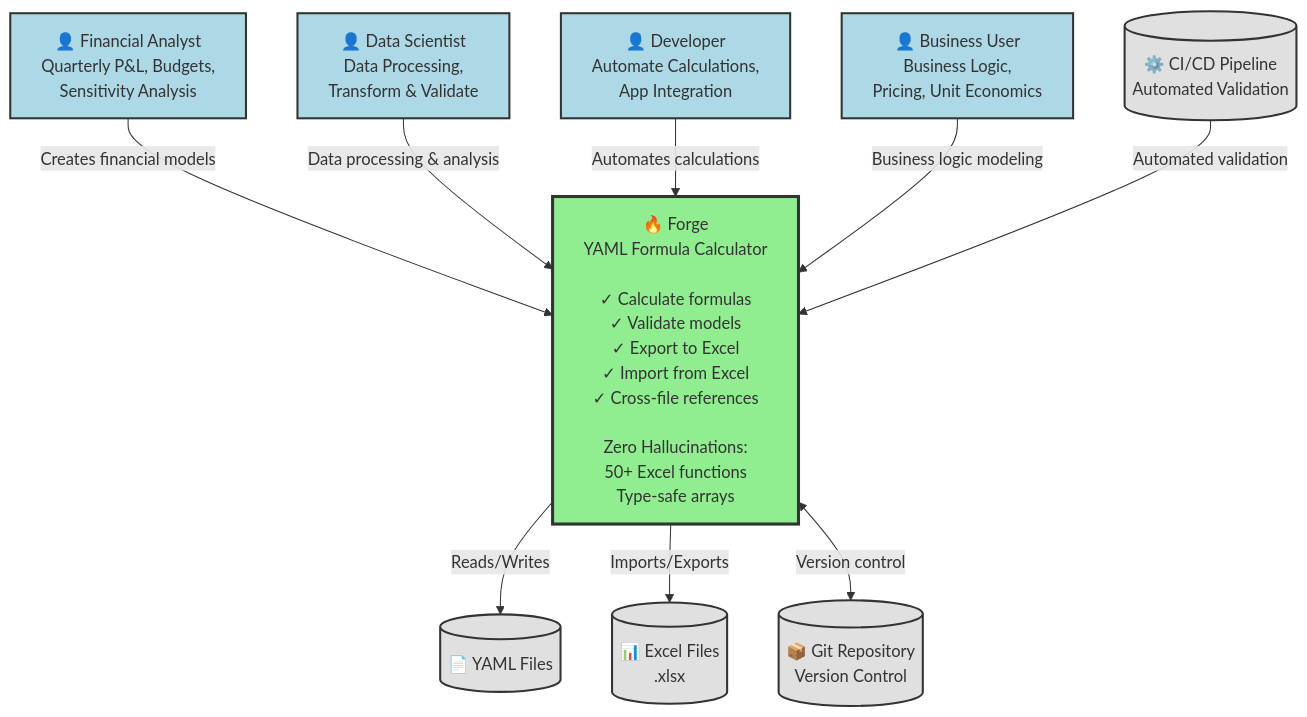
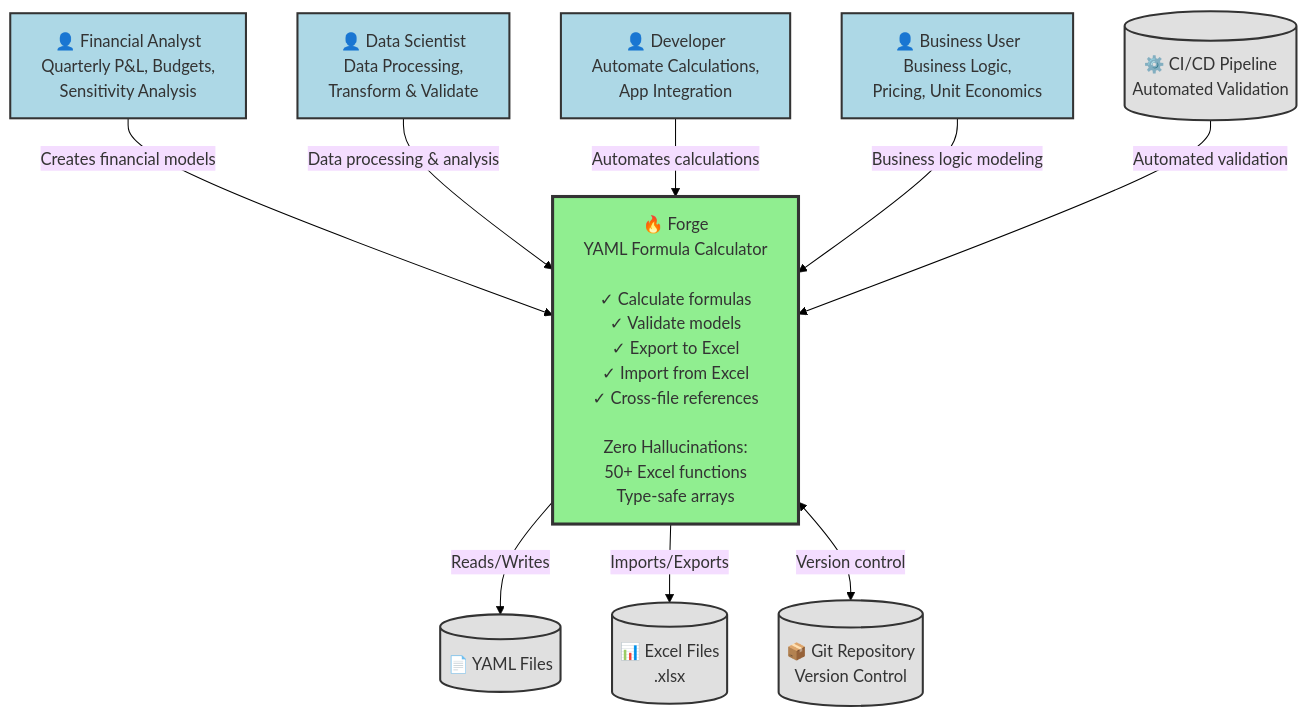
One commit to mollendorff-ai/forge changed the first of 2 diagrams in docs/architecture/00-OVERVIEW.md. Above: the diagram before and after it, drawn with Mermaid. The commit also changed other lines of this file, not shown here.

Commit message:
fix: Add white background to Mermaid diagrams for dark theme compatibility
Properly configure Mermaid theme to use white backgrounds:
- Added %%{init: {'theme':'base', 'themeVariables': {'background':'#ffffff'}}}%%
- Applied to both diagrams in docs/architecture/00-OVERVIEW.md
- Ensures diagrams are readable on dark GitHub themes

Previous commit claimed to add this but the changes weren't applied correctly.
This fix ensures diagrams render with white backgrounds on all themes.

🤖 Generated with [Claude Code](https://claude.com/claude-code)

````diff
--- a/docs/architecture/00-OVERVIEW.md
+++ b/docs/architecture/00-OVERVIEW.md
@@ -59,37 +59,38 @@
 ```mermaid
+%%{init: {'theme':'base', 'themeVariables': {'background':'#ffffff'}}}%%
 graph TB
     %% External Actors
     analyst["👤 Financial Analyst<br/>Quarterly P&L, Budgets,<br/>Sensitivity Analysis"]
     datascientist["👤 Data Scientist<br/>Data Processing,<br/>Transform & Validate"]
     developer["👤 Developer<br/>Automate Calculations,<br/>App Integration"]
     business["👤 Business User<br/>Business Logic,<br/>Pricing, Unit Economics"]
 
     %% Forge System
     forge["🔥 Forge<br/>YAML Formula Calculator<br/><br/>✓ Calculate formulas<br/>✓ Validate models<br/>✓ Export to Excel<br/>✓ Import from Excel<br/>✓ Cross-file references<br/><br/>Zero Hallucinations:<br/>50+ Excel functions<br/>Type-safe arrays"]
 
     %% External Systems
     git[("📦 Git Repository<br/>Version Control")]
     excel[("📊 Excel Files<br/>.xlsx")]
     yaml[("📄 YAML Files")]
     cicd[("⚙️ CI/CD Pipeline<br/>Automated Validation")]
 
     %% Relationships
     analyst -->|Creates financial models| forge
     datascientist -->|Data processing & analysis| forge
     developer -->|Automates calculations| forge
     business -->|Business logic modeling| forge
 
     forge -->|Reads/Writes| yaml
     forge -->|Imports/Exports| excel
     forge <-->|Version control| git
     cicd -->|Automated validation| forge
 
     %% Styling
     classDef forgeStyle fill:#90EE90,stroke:#333,stroke-width:3px
     classDef userStyle fill:#ADD8E6,stroke:#333,stroke-width:2px
     classDef systemStyle fill:#E0E0E0,stroke:#333,stroke-width:2px
 
     class forge forgeStyle
     class analyst,datascientist,developer,business userStyle
     class git,excel,yaml,cicd systemStyle
 ```
````
